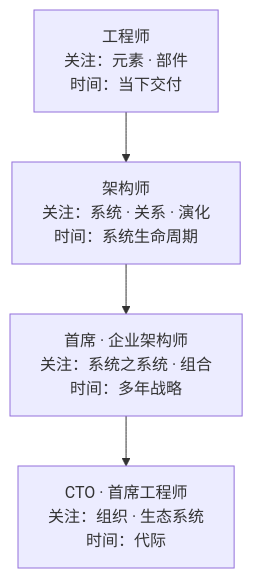
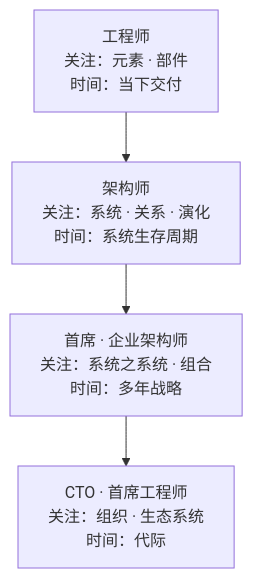
The diagram in 100-subprojects/01-系统工程研究/03-架构师是个怎样的物种/18-第18章-架构师.md (Yongjunzhou/AOS-system-design), drawn with Mermaid before and after one commit. The commit also changed other lines of this file and 15 other files, not shown here.

````diff
--- a/100-subprojects/01-系统工程研究/03-架构师是个怎样的物种/18-第18章-架构师.md
+++ b/100-subprojects/01-系统工程研究/03-架构师是个怎样的物种/18-第18章-架构师.md
@@ -473,6 +473,6 @@
 ```mermaid
 flowchart TD
-    E["工程师<br/>关注：元素 · 部件<br/>时间：当下交付"] --> A["架构师<br/>关注：系统 · 关系 · 演化<br/>时间：系统生命周期"]
+    E["工程师<br/>关注：元素 · 部件<br/>时间：当下交付"] --> A["架构师<br/>关注：系统 · 关系 · 演化<br/>时间：系统生存周期"]
     A --> CA["首席 · 企业架构师<br/>关注：系统之系统 · 组合<br/>时间：多年战略"]
     CA --> CTO["CTO · 首席工程师<br/>关注：组织 · 生态系统<br/>时间：代际"]
 ```
````
